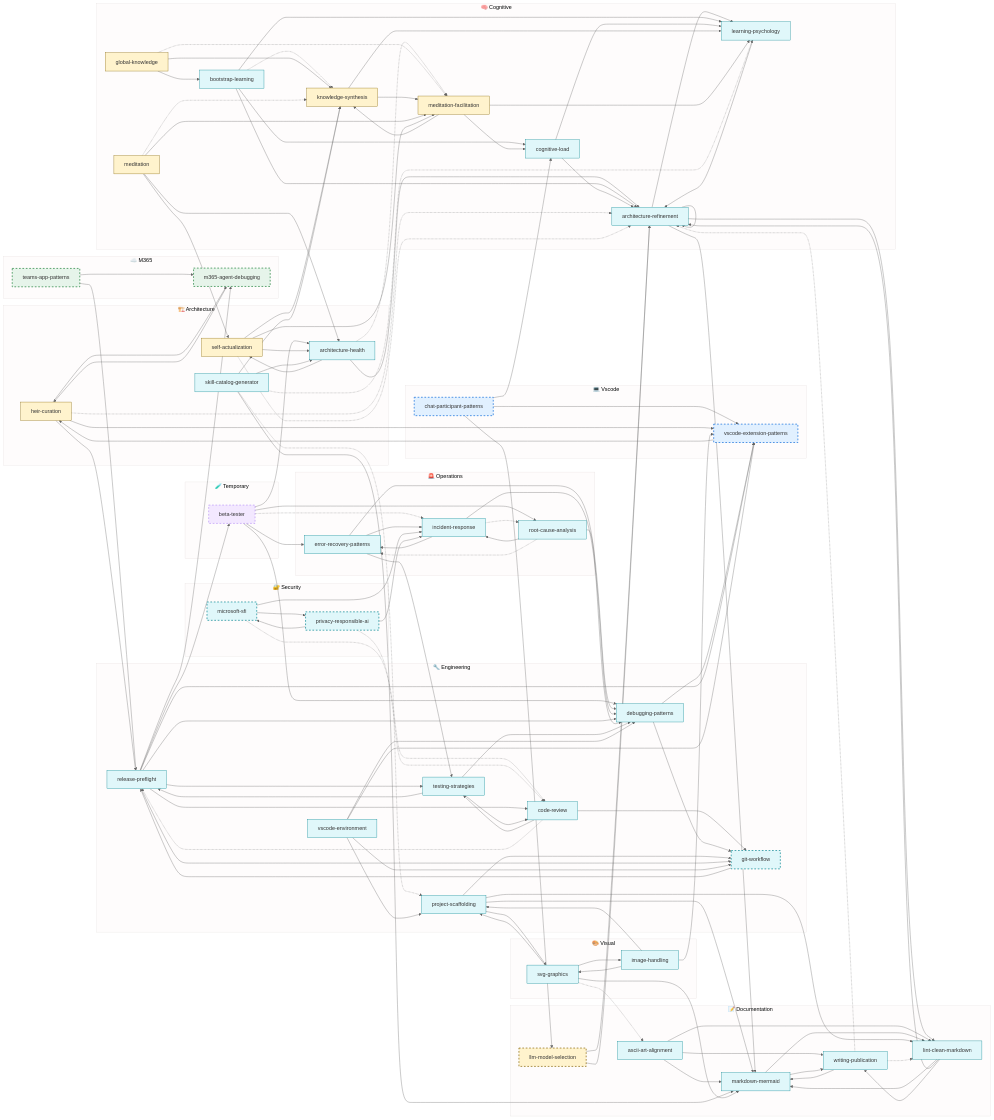
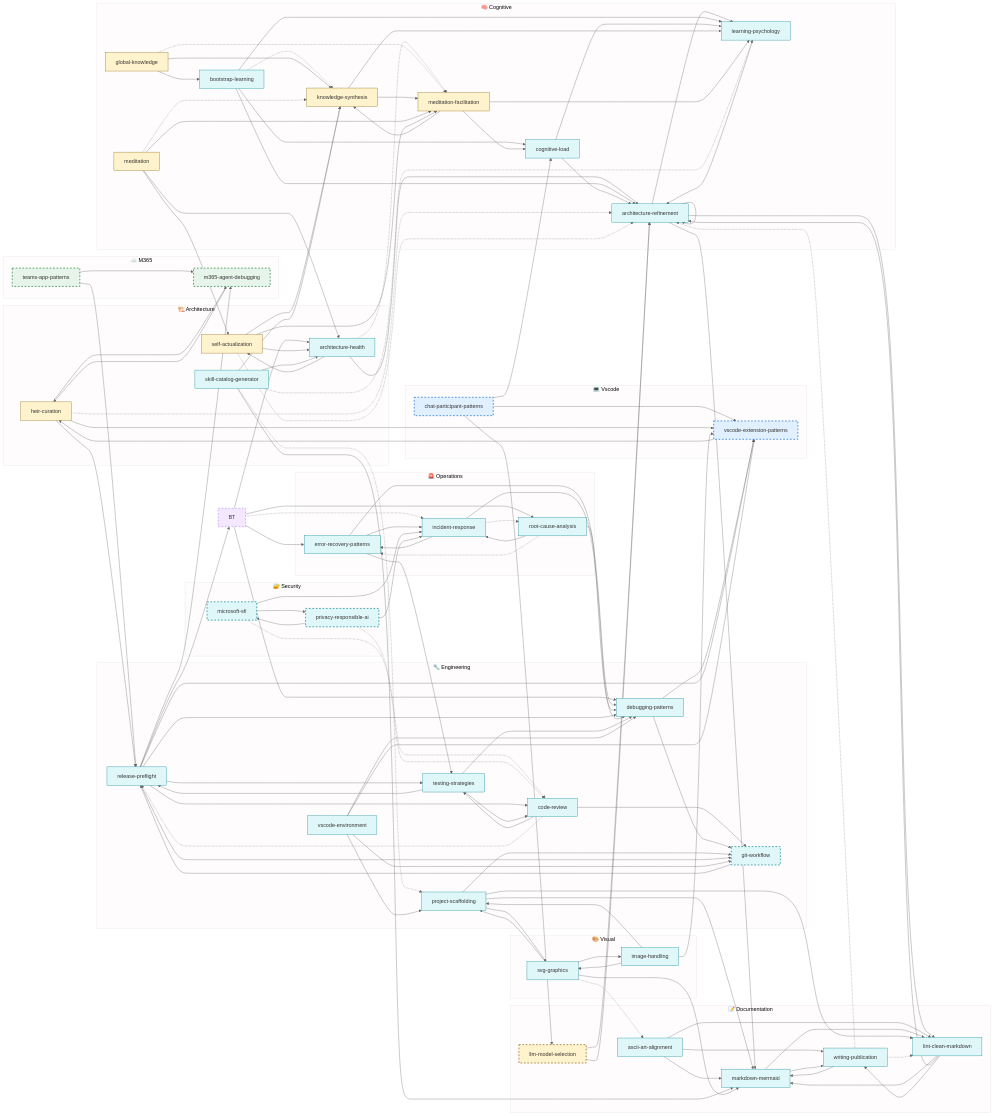
One commit to fabioc-aloha/Alex_Plug_In changed the diagram in SKILL-CATALOG-GENERATED.md. Above: the diagram before and after it, drawn with Mermaid. The commit also changed other lines of this file and 76 other files, not shown here.

```diff
--- a/SKILL-CATALOG-GENERATED.md
+++ b/SKILL-CATALOG-GENERATED.md
@@ -34,9 +34,6 @@
         LMS[llm-model-selection]
         MM[markdown-mermaid]
         WP[writing-publication]
-    end
-    subgraph Temporary["🧪 Temporary"]
-        BT[beta-tester]
     end
     subgraph Vscode["💻 Vscode"]
         CPP[chat-participant-patterns]
```
